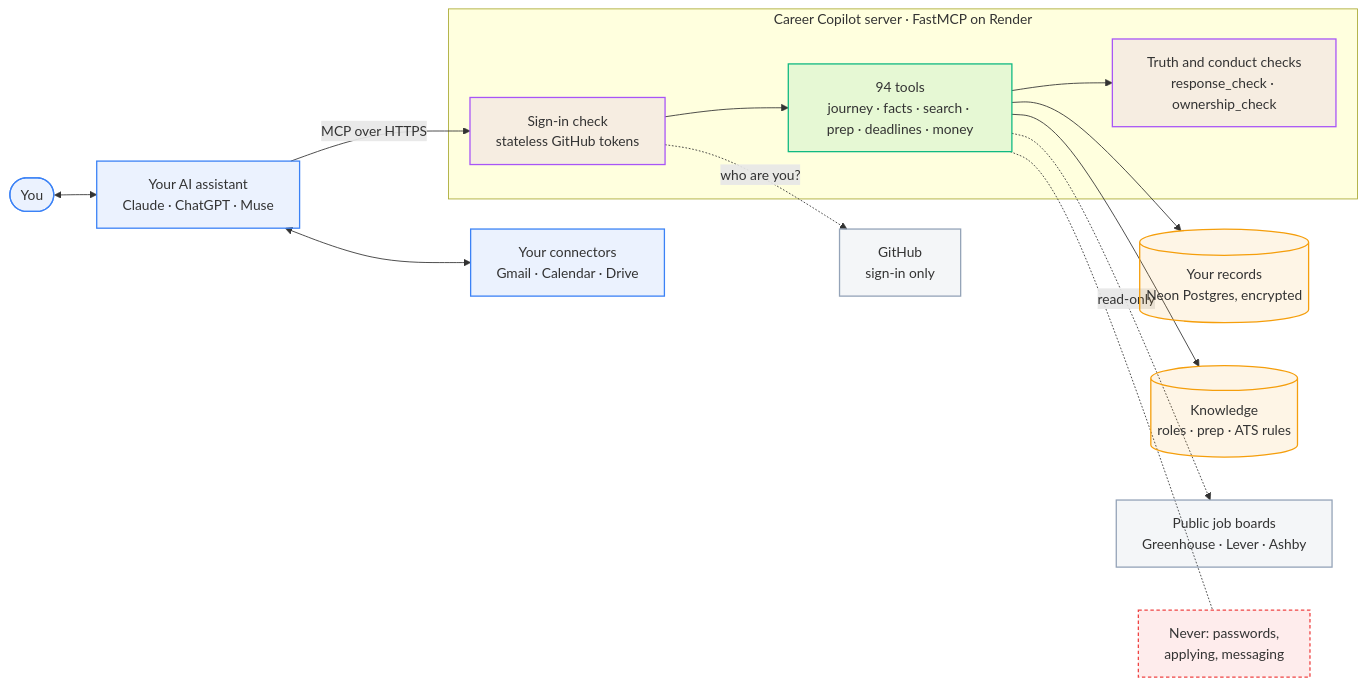
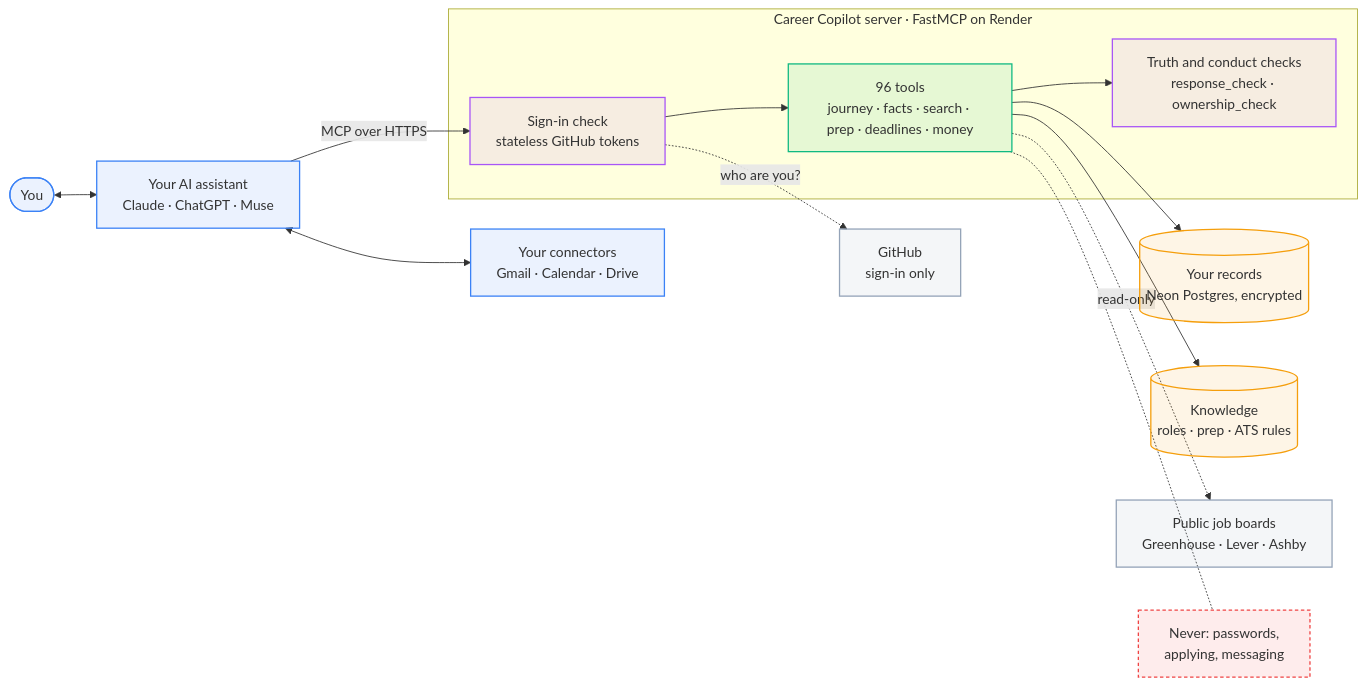
One commit to TusharSamantaray/career-copilot-mcp changed the first of 8 diagrams in docs/ARCHITECTURE.md. Above: the diagram before and after it, drawn with Mermaid. The commit also changed 17 other files, not shown here.

````diff
--- a/docs/ARCHITECTURE.md
+++ b/docs/ARCHITECTURE.md
@@ -42,35 +42,35 @@
 ```mermaid
 flowchart LR
   classDef person fill:#3B82F61A,stroke:#3B82F6,stroke-width:1.5px
   classDef copilot fill:#10B9811A,stroke:#10B981,stroke-width:1.5px
   classDef store fill:#F59E0B1A,stroke:#F59E0B,stroke-width:1.5px
   classDef ext fill:#94A3B81A,stroke:#94A3B8,stroke-width:1.5px
   classDef guard fill:#A855F71A,stroke:#A855F7,stroke-width:1.5px
   classDef never fill:#EF44441A,stroke:#EF4444,stroke-width:1.5px,stroke-dasharray:4 3
 
   you(["You"]):::person
   ai["Your AI assistant<br/>Claude · ChatGPT · Muse"]:::person
   own["Your connectors<br/>Gmail · Calendar · Drive"]:::person
 
   subgraph server["Career Copilot server · FastMCP on Render"]
     auth["Sign-in check<br/>stateless GitHub tokens"]:::guard
-    tools["94 tools<br/>journey · facts · search · prep · deadlines · money"]:::copilot
+    tools["96 tools<br/>journey · facts · search · prep · deadlines · money"]:::copilot
     checks["Truth and conduct checks<br/>response_check · ownership_check"]:::guard
   end
 
   db[("Your records<br/>Neon Postgres, encrypted")]:::store
   kb[("Knowledge<br/>roles · prep · ATS rules")]:::store
   gh["GitHub<br/>sign-in only"]:::ext
   boards["Public job boards<br/>Greenhouse · Lever · Ashby"]:::ext
   never["Never: passwords,<br/>applying, messaging"]:::never
 
   you <--> ai
   ai <--> own
   ai -- "MCP over HTTPS" --> auth --> tools
   tools --> checks
   tools --> db
   tools --> kb
   auth -. "who are you?" .-> gh
   tools -. "read-only" .-> boards
   tools -.- never
 ```
````
